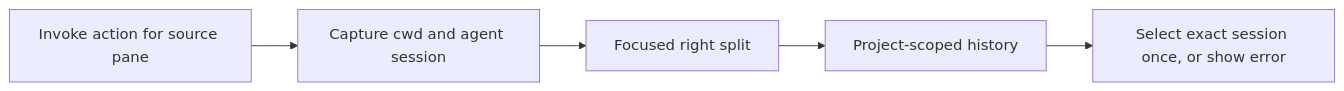
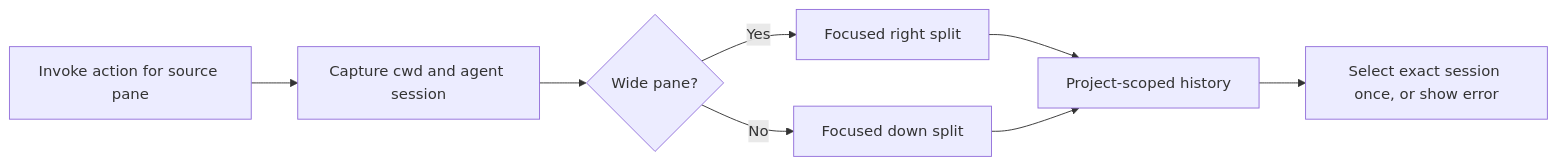
Before and after one commit to unphased/vim-config: the diagram in herdr-plugins/agent-history/README.md, drawn with Mermaid. The commit also changed other lines of this file and 3 other files, not shown here.

First line of the commit message:
feat: choose history split direction from the source pane's shape

````diff
--- a/herdr-plugins/agent-history/README.md
+++ b/herdr-plugins/agent-history/README.md
@@ -14,7 +18,10 @@
 ```mermaid
 flowchart LR
     Invoke[Invoke action for source pane] --> Capture[Capture cwd and agent session]
-    Capture --> Split[Focused right split]
-    Split --> History[Project-scoped history]
+    Capture --> Shape{Wide pane?}
+    Shape -->|Yes| SplitRight[Focused right split]
+    Shape -->|No| SplitDown[Focused down split]
+    SplitRight --> History[Project-scoped history]
+    SplitDown --> History
     History --> Select[Select exact session once, or show error]
 ```
````
